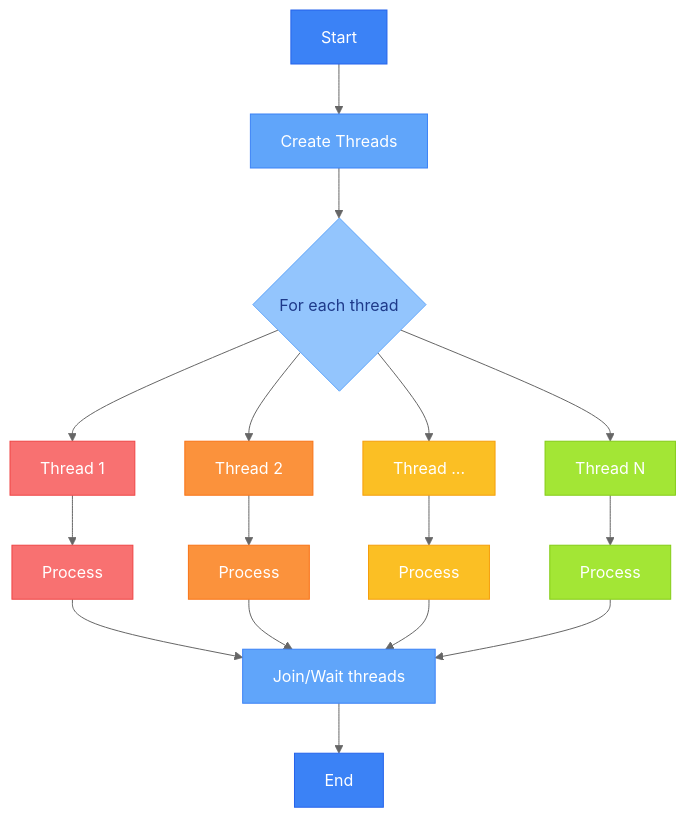
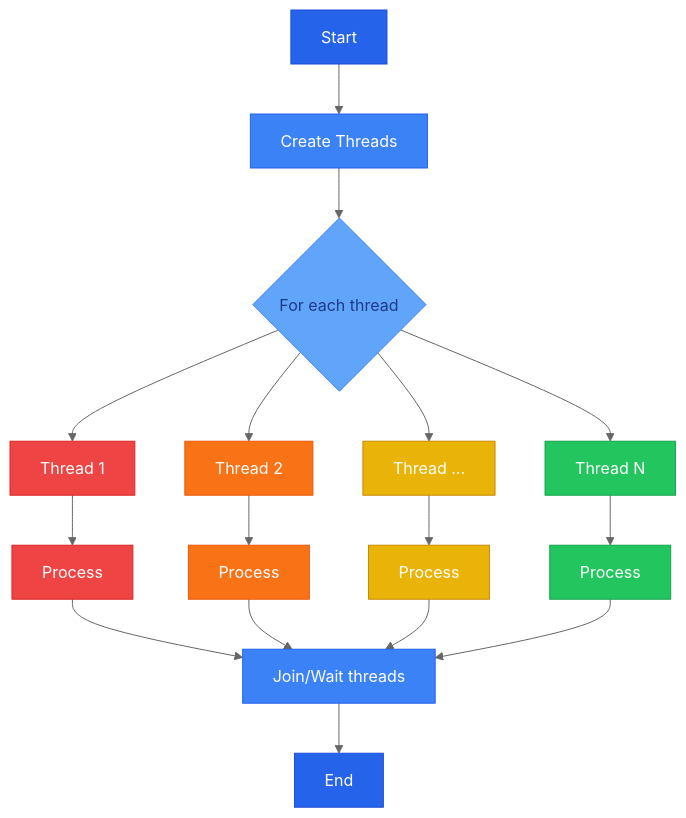
Before and after one commit to rain1024/python-adventure: the first of 2 diagrams in README.md, drawn with Mermaid (neutral theme). The commit also changed other lines of this file, not shown here.

````diff
--- a/README.md
+++ b/README.md
@@ -50,35 +50,35 @@
 ```mermaid
 flowchart TD
     A[Start] --> D[Create Threads]
     D --> E{For each thread}
     E --> F[Thread 1]
     E --> G[Thread 2]
     E --> H[Thread ...]
     E --> I[Thread N]
     
     F --> L1[Process]
     G --> L2[Process]
     H --> L3[Process]
     I --> L4[Process]
     
     L1 --> M[Join/Wait threads]
     L2 --> M
     L3 --> M
     L4 --> M
     
     M --> O[End]
 
-    style A fill:#3B82F6,stroke:#2563EB,color:#ffffff
-    style D fill:#60A5FA,stroke:#3B82F6,color:#ffffff
-    style E fill:#93C5FD,stroke:#60A5FA,color:#1E3A8A
-    style F fill:#F87171,stroke:#EF4444,color:#ffffff
-    style G fill:#FB923C,stroke:#F97316,color:#ffffff
-    style H fill:#FBBF24,stroke:#F59E0B,color:#ffffff
-    style I fill:#A3E635,stroke:#84CC16,color:#ffffff
-    style L1 fill:#F87171,stroke:#EF4444,color:#ffffff
-    style L2 fill:#FB923C,stroke:#F97316,color:#ffffff
-    style L3 fill:#FBBF24,stroke:#F59E0B,color:#ffffff
-    style L4 fill:#A3E635,stroke:#84CC16,color:#ffffff
-    style M fill:#60A5FA,stroke:#3B82F6,color:#ffffff
-    style O fill:#3B82F6,stroke:#2563EB,color:#ffffff
+    style A fill:#2563eb,stroke:#1d4ed8,color:#ffffff
+    style D fill:#3b82f6,stroke:#2563eb,color:#ffffff
+    style E fill:#60a5fa,stroke:#3b82f6,color:#1e3a8a
+    style F fill:#ef4444,stroke:#dc2626,color:#ffffff
+    style G fill:#f97316,stroke:#ea580c,color:#ffffff
+    style H fill:#eab308,stroke:#ca8a04,color:#ffffff
+    style I fill:#22c55e,stroke:#16a34a,color:#ffffff
+    style L1 fill:#ef4444,stroke:#dc2626,color:#ffffff
+    style L2 fill:#f97316,stroke:#ea580c,color:#ffffff
+    style L3 fill:#eab308,stroke:#ca8a04,color:#ffffff
+    style L4 fill:#22c55e,stroke:#16a34a,color:#ffffff
+    style M fill:#3b82f6,stroke:#2563eb,color:#ffffff
+    style O fill:#2563eb,stroke:#1d4ed8,color:#ffffff
 ```
````
